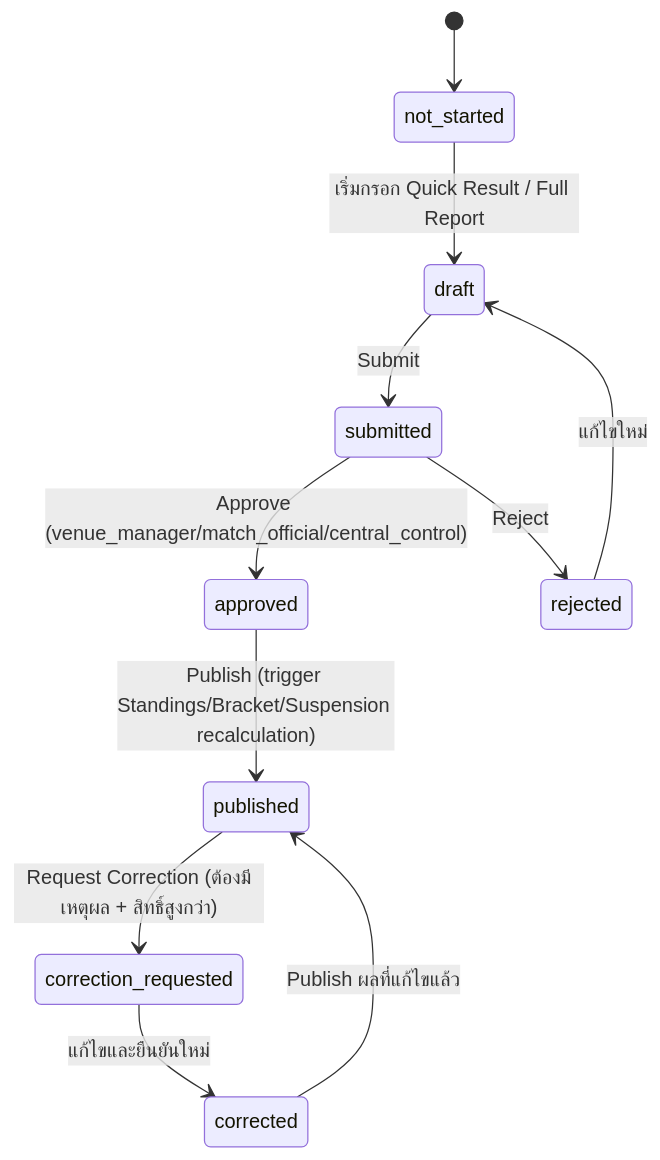
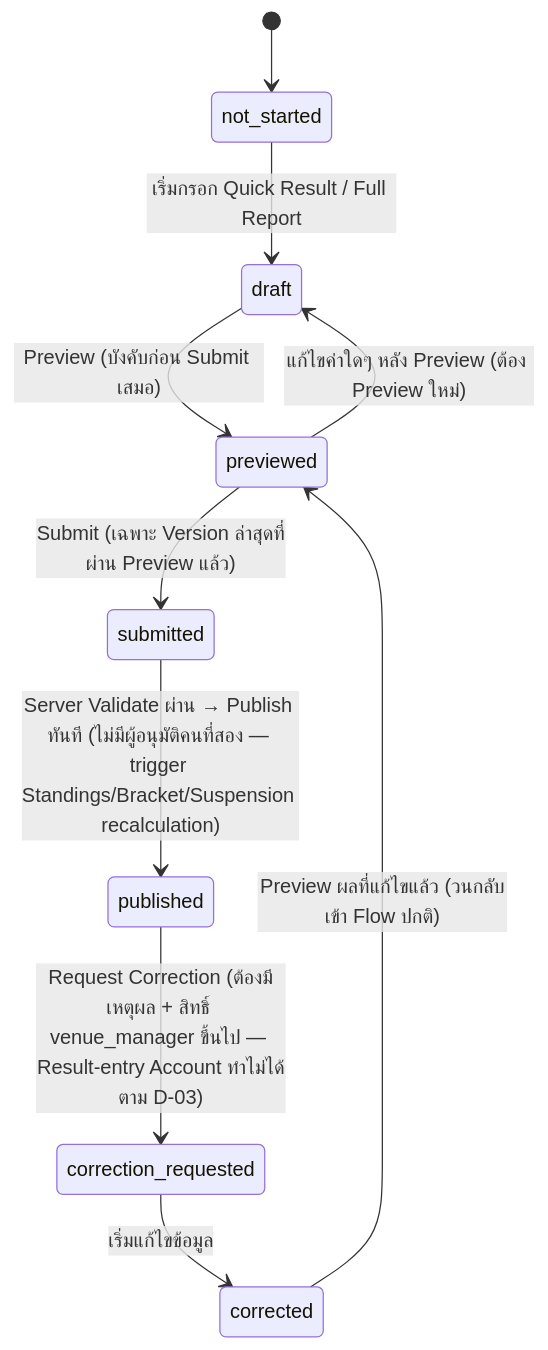
The first of 4 diagrams in TOURNAMENT_V2_VENUE_OPERATIONS.md (pattaramet-tech/cfyl), drawn with Mermaid before and after one commit. The commit also changed other lines of this file and 7 other files, not shown here.

````diff
--- a/TOURNAMENT_V2_VENUE_OPERATIONS.md
+++ b/TOURNAMENT_V2_VENUE_OPERATIONS.md
@@ -266,13 +274,12 @@
 ```mermaid
 stateDiagram-v2
     [*] --> not_started
     not_started --> draft: เริ่มกรอก Quick Result / Full Report
-    draft --> submitted: Submit
-    submitted --> approved: Approve (venue_manager/match_official/central_control)
-    submitted --> rejected: Reject
-    rejected --> draft: แก้ไขใหม่
-    approved --> published: Publish (trigger Standings/Bracket/Suspension recalculation)
-    published --> correction_requested: Request Correction (ต้องมีเหตุผล + สิทธิ์สูงกว่า)
-    correction_requested --> corrected: แก้ไขและยืนยันใหม่
-    corrected --> published: Publish ผลที่แก้ไขแล้ว
+    draft --> previewed: Preview (บังคับก่อน Submit เสมอ)
+    previewed --> draft: แก้ไขค่าใดๆ หลัง Preview (ต้อง Preview ใหม่)
+    previewed --> submitted: Submit (เฉพาะ Version ล่าสุดที่ผ่าน Preview แล้ว)
+    submitted --> published: Server Validate ผ่าน → Publish ทันที (ไม่มีผู้อนุมัติคนที่สอง — trigger Standings/Bracket/Suspension recalculation)
+    published --> correction_requested: Request Correction (ต้องมีเหตุผล + สิทธิ์ venue_manager ขึ้นไป — Result-entry Account ทำไม่ได้ตาม D-03)
+    correction_requested --> corrected: เริ่มแก้ไขข้อมูล
+    corrected --> previewed: Preview ผลที่แก้ไขแล้ว (วนกลับเข้า Flow ปกติ)
 ```
````
